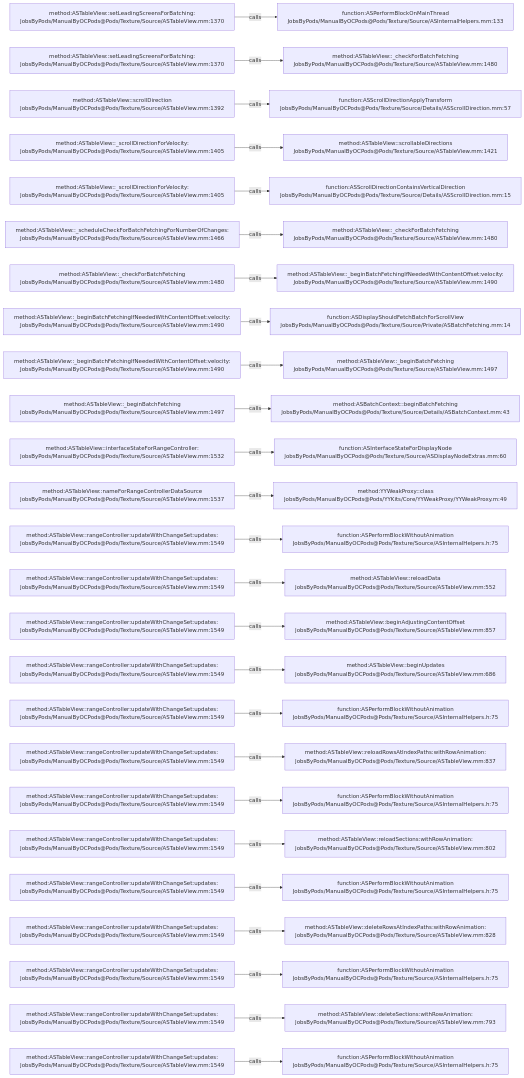
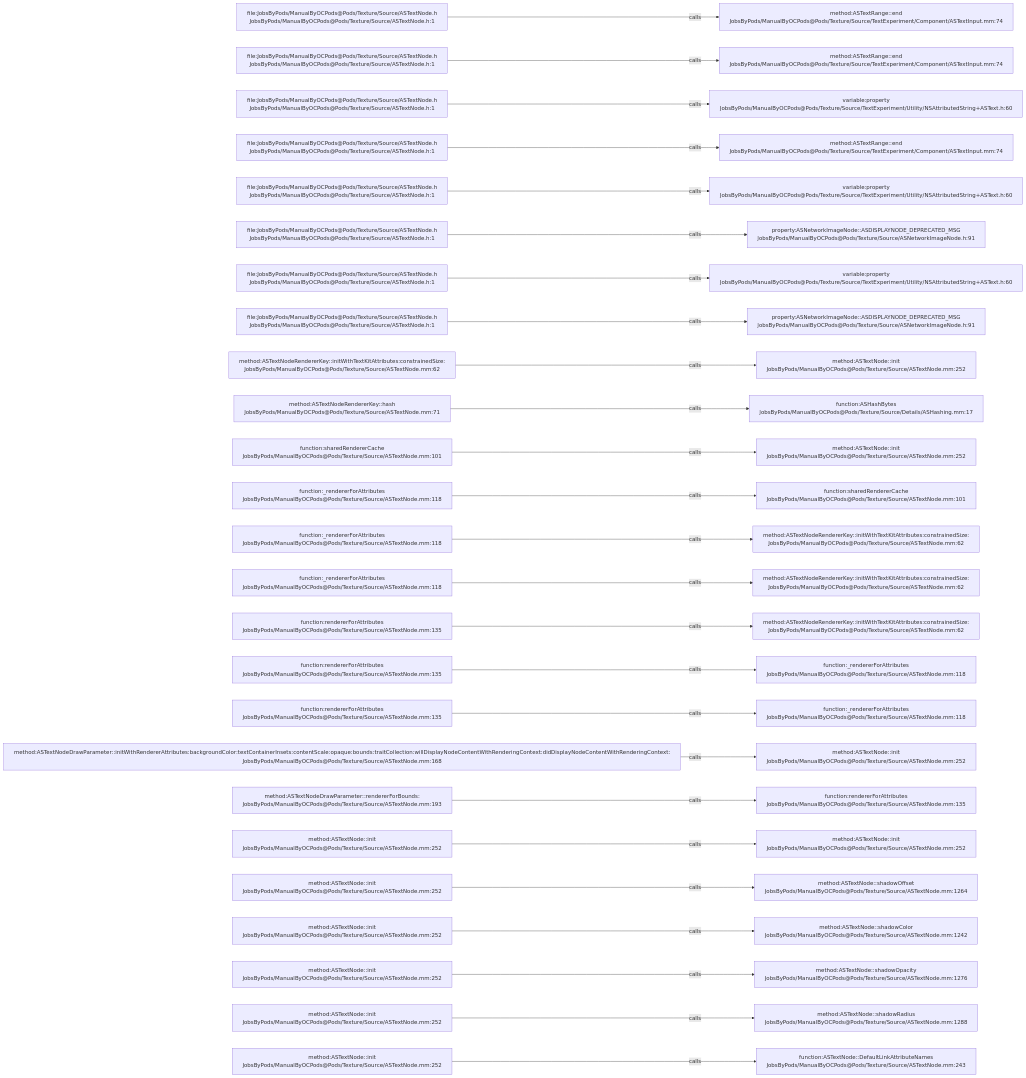
Before and after one commit to JobsKits/JobsOCBaseConfigDemo: the diagram in .codegraph/codegraph.md/graphs/calls-131.md, drawn with Mermaid. The commit also changed 1353 other files, not shown here.

````diff
--- a/.codegraph/codegraph.md/graphs/calls-131.md
+++ b/.codegraph/codegraph.md/graphs/calls-131.md
@@ -13,78 +13,78 @@
 ```mermaid
 flowchart LR
-  S1["method:ASTableView::setLeadingScreensForBatching:<br/>JobsByPods/ManualByOCPods@Pods/Texture/Source/ASTableView.mm:1370"]
-  T1["function:ASPerformBlockOnMainThread<br/>JobsByPods/ManualByOCPods@Pods/Texture/Source/ASInternalHelpers.mm:133"]
+  S1["file:JobsByPods/ManualByOCPods@Pods/Texture/Source/ASTextNode.h<br/>JobsByPods/ManualByOCPods@Pods/Texture/Source/ASTextNode.h:1"]
+  T1["method:ASTextRange::end<br/>JobsByPods/ManualByOCPods@Pods/Texture/Source/TextExperiment/Component/ASTextInput.mm:74"]
   S1 -->|calls| T1
-  S2["method:ASTableView::setLeadingScreensForBatching:<br/>JobsByPods/ManualByOCPods@Pods/Texture/Source/ASTableView.mm:1370"]
-  T2["method:ASTableView::_checkForBatchFetching<br/>JobsByPods/ManualByOCPods@Pods/Texture/Source/ASTableView.mm:1480"]
+  S2["file:JobsByPods/ManualByOCPods@Pods/Texture/Source/ASTextNode.h<br/>JobsByPods/ManualByOCPods@Pods/Texture/Source/ASTextNode.h:1"]
+  T2["method:ASTextRange::end<br/>JobsByPods/ManualByOCPods@Pods/Texture/Source/TextExperiment/Component/ASTextInput.mm:74"]
   S2 -->|calls| T2
-  S3["method:ASTableView::scrollDirection<br/>JobsByPods/ManualByOCPods@Pods/Texture/Source/ASTableView.mm:1392"]
-  T3["function:ASScrollDirectionApplyTransform<br/>JobsByPods/ManualByOCPods@Pods/Texture/Source/Details/ASScrollDirection.mm:57"]
+  S3["file:JobsByPods/ManualByOCPods@Pods/Texture/Source/ASTextNode.h<br/>JobsByPods/ManualByOCPods@Pods/Texture/Source/ASTextNode.h:1"]
+  T3["variable:property<br/>JobsByPods/ManualByOCPods@Pods/Texture/Source/TextExperiment/Utility/NSAttributedString+ASText.h:60"]
   S3 -->|calls| T3
-  S4["method:ASTableView::_scrollDirectionForVelocity:<br/>JobsByPods/ManualByOCPods@Pods/Texture/Source/ASTableView.mm:1405"]
-  T4["method:ASTableView::scrollableDirections<br/>JobsByPods/ManualByOCPods@Pods/Texture/Source/ASTableView.mm:1421"]
+  S4["file:JobsByPods/ManualByOCPods@Pods/Texture/Source/ASTextNode.h<br/>JobsByPods/ManualByOCPods@Pods/Texture/Source/ASTextNode.h:1"]
+  T4["method:ASTextRange::end<br/>JobsByPods/ManualByOCPods@Pods/Texture/Source/TextExperiment/Component/ASTextInput.mm:74"]
   S4 -->|calls| T4
-  S5["method:ASTableView::_scrollDirectionForVelocity:<br/>JobsByPods/ManualByOCPods@Pods/Texture/Source/ASTableView.mm:1405"]
-  T5["function:ASScrollDirectionContainsVerticalDirection<br/>JobsByPods/ManualByOCPods@Pods/Texture/Source/Details/ASScrollDirection.mm:15"]
+  S5["file:JobsByPods/ManualByOCPods@Pods/Texture/Source/ASTextNode.h<br/>JobsByPods/ManualByOCPods@Pods/Texture/Source/ASTextNode.h:1"]
+  T5["variable:property<br/>JobsByPods/ManualByOCPods@Pods/Texture/Source/TextExperiment/Utility/NSAttributedString+ASText.h:60"]
   S5 -->|calls| T5
-  S6["method:ASTableView::_scheduleCheckForBatchFetchingForNumberOfChanges:<br/>JobsByPods/ManualByOCPods@Pods/Texture/Source/ASTableView.mm:1466"]
-  T6["method:ASTableView::_checkForBatchFetching<br/>JobsByPods/ManualByOCPods@Pods/Texture/Source/ASTableView.mm:1480"]
+  S6["file:JobsByPods/ManualByOCPods@Pods/Texture/Source/ASTextNode.h<br/>JobsByPods/ManualByOCPods@Pods/Texture/Source/ASTextNode.h:1"]
+  T6["property:ASNetworkImageNode::ASDISPLAYNODE_DEPRECATED_MSG<br/>JobsByPods/ManualByOCPods@Pods/Texture/Source/ASNetworkImageNode.h:91"]
   S6 -->|calls| T6
-  S7["method:ASTableView::_checkForBatchFetching<br/>JobsByPods/ManualByOCPods@Pods/Texture/Source/ASTableView.mm:1480"]
-  T7["method:ASTableView::_beginBatchFetchingIfNeededWithContentOffset:velocity:<br/>JobsByPods/ManualByOCPods@Pods/Texture/Source/ASTableView.mm:1490"]
+  S7["file:JobsByPods/ManualByOCPods@Pods/Texture/Source/ASTextNode.h<br/>JobsByPods/ManualByOCPods@Pods/Texture/Source/ASTextNode.h:1"]
+  T7["variable:property<br/>JobsByPods/ManualByOCPods@Pods/Texture/Source/TextExperiment/Utility/NSAttributedString+ASText.h:60"]
   S7 -->|calls| T7
-  S8["method:ASTableView::_beginBatchFetchingIfNeededWithContentOffset:velocity:<br/>JobsByPods/ManualByOCPods@Pods/Texture/Source/ASTableView.mm:1490"]
-  T8["function:ASDisplayShouldFetchBatchForScrollView<br/>JobsByPods/ManualByOCPods@Pods/Texture/Source/Private/ASBatchFetching.mm:14"]
+  S8["file:JobsByPods/ManualByOCPods@Pods/Texture/Source/ASTextNode.h<br/>JobsByPods/ManualByOCPods@Pods/Texture/Source/ASTextNode.h:1"]
+  T8["property:ASNetworkImageNode::ASDISPLAYNODE_DEPRECATED_MSG<br/>JobsByPods/ManualByOCPods@Pods/Texture/Source/ASNetworkImageNode.h:91"]
   S8 -->|calls| T8
-  S9["method:ASTableView::_beginBatchFetchingIfNeededWithContentOffset:velocity:<br/>JobsByPods/ManualByOCPods@Pods/Texture/Source/ASTableView.mm:1490"]
-  T9["method:ASTableView::_beginBatchFetching<br/>JobsByPods/ManualByOCPods@Pods/Texture/Source/ASTableView.mm:1497"]
+  S9["method:ASTextNodeRendererKey::initWithTextKitAttributes:constrainedSize:<br/>JobsByPods/ManualByOCPods@Pods/Texture/Source/ASTextNode.mm:62"]
+  T9["method:ASTextNode::init<br/>JobsByPods/ManualByOCPods@Pods/Texture/Source/ASTextNode.mm:252"]
   S9 -->|calls| T9
-  S10["method:ASTableView::_beginBatchFetching<br/>JobsByPods/ManualByOCPods@Pods/Texture/Source/ASTableView.mm:1497"]
-  T10["method:ASBatchContext::beginBatchFetching<br/>JobsByPods/ManualByOCPods@Pods/Texture/Source/Details/ASBatchContext.mm:43"]
+  S10["method:ASTextNodeRendererKey::hash<br/>JobsByPods/ManualByOCPods@Pods/Texture/Source/ASTextNode.mm:71"]
+  T10["function:ASHashBytes<br/>JobsByPods/ManualByOCPods@Pods/Texture/Source/Details/ASHashing.mm:17"]
   S10 -->|calls| T10
-  S11["method:ASTableView::interfaceStateForRangeController:<br/>JobsByPods/ManualByOCPods@Pods/Texture/Source/ASTableView.mm:1532"]
-  T11["function:ASInterfaceStateForDisplayNode<br/>JobsByPods/ManualByOCPods@Pods/Texture/Source/ASDisplayNodeExtras.mm:60"]
+  S11["function:sharedRendererCache<br/>JobsByPods/ManualByOCPods@Pods/Texture/Source/ASTextNode.mm:101"]
+  T11["method:ASTextNode::init<br/>JobsByPods/ManualByOCPods@Pods/Texture/Source/ASTextNode.mm:252"]
   S11 -->|calls| T11
-  S12["method:ASTableView::nameForRangeControllerDataSource<br/>JobsByPods/ManualByOCPods@Pods/Texture/Source/ASTableView.mm:1537"]
-  T12["method:YYWeakProxy::class<br/>JobsByPods/ManualByOCPods@Pods/YYKits/Core/YYWeakProxy/YYWeakProxy.m:49"]
+  S12["function:_rendererForAttributes<br/>JobsByPods/ManualByOCPods@Pods/Texture/Source/ASTextNode.mm:118"]
+  T12["function:sharedRendererCache<br/>JobsByPods/ManualByOCPods@Pods/Texture/Source/ASTextNode.mm:101"]
   S12 -->|calls| T12
-  S13["method:ASTableView::rangeController:updateWithChangeSet:updates:<br/>JobsByPods/ManualByOCPods@Pods/Texture/Source/ASTableView.mm:1549"]
-  T13["function:ASPerformBlockWithoutAnimation<br/>JobsByPods/ManualByOCPods@Pods/Texture/Source/ASInternalHelpers.h:75"]
+  S13["function:_rendererForAttributes<br/>JobsByPods/ManualByOCPods@Pods/Texture/Source/ASTextNode.mm:118"]
+  T13["method:ASTextNodeRendererKey::initWithTextKitAttributes:constrainedSize:<br/>JobsByPods/ManualByOCPods@Pods/Texture/Source/ASTextNode.mm:62"]
   S13 -->|calls| T13
-  S14["method:ASTableView::rangeController:updateWithChangeSet:updates:<br/>JobsByPods/ManualByOCPods@Pods/Texture/Source/ASTableView.mm:1549"]
-  T14["method:ASTableView::reloadData<br/>JobsByPods/ManualByOCPods@Pods/Texture/Source/ASTableView.mm:552"]
+  S14["function:_rendererForAttributes<br/>JobsByPods/ManualByOCPods@Pods/Texture/Source/ASTextNode.mm:118"]
+  T14["method:ASTextNodeRendererKey::initWithTextKitAttributes:constrainedSize:<br/>JobsByPods/ManualByOCPods@Pods/Texture/Source/ASTextNode.mm:62"]
   S14 -->|calls| T14
-  S15["method:ASTableView::rangeController:updateWithChangeSet:updates:<br/>JobsByPods/ManualByOCPods@Pods/Texture/Source/ASTableView.mm:1549"]
-  T15["method:ASTableView::beginAdjustingContentOffset<br/>JobsByPods/ManualByOCPods@Pods/Texture/Source/ASTableView.mm:857"]
+  S15["function:rendererForAttributes<br/>JobsByPods/ManualByOCPods@Pods/Texture/Source/ASTextNode.mm:135"]
+  T15["method:ASTextNodeRendererKey::initWithTextKitAttributes:constrainedSize:<br/>JobsByPods/ManualByOCPods@Pods/Texture/Source/ASTextNode.mm:62"]
   S15 -->|calls| T15
-  S16["method:ASTableView::rangeController:updateWithChangeSet:updates:<br/>JobsByPods/ManualByOCPods@Pods/Texture/Source/ASTableView.mm:1549"]
-  T16["method:ASTableView::beginUpdates<br/>JobsByPods/ManualByOCPods@Pods/Texture/Source/ASTableView.mm:686"]
+  S16["function:rendererForAttributes<br/>JobsByPods/ManualByOCPods@Pods/Texture/Source/ASTextNode.mm:135"]
+  T16["function:_rendererForAttributes<br/>JobsByPods/ManualByOCPods@Pods/Texture/Source/ASTextNode.mm:118"]
   S16 -->|calls| T16
-  S17["method:ASTableView::rangeController:updateWithChangeSet:updates:<br/>JobsByPods/ManualByOCPods@Pods/Texture/Source/ASTableView.mm:1549"]
-  T17["function:ASPerformBlockWithoutAnimation<br/>JobsByPods/ManualByOCPods@Pods/Texture/Source/ASInternalHelpers.h:75"]
+  S17["function:rendererForAttributes<br/>JobsByPods/ManualByOCPods@Pods/Texture/Source/ASTextNode.mm:135"]
+  T17["function:_rendererForAttributes<br/>JobsByPods/ManualByOCPods@Pods/Texture/Source/ASTextNode.mm:118"]
   S17 -->|calls| T17
-  S18["method:ASTableView::rangeController:updateWithChangeSet:updates:<br/>JobsByPods/ManualByOCPods@Pods/Texture/Source/ASTableView.mm:1549"]
-  T18["method:ASTableView::reloadRowsAtIndexPaths:withRowAnimation:<br/>JobsByPods/ManualByOCPods@Pods/Texture/Source/ASTableView.mm:837"]
+  S18["method:ASTextNodeDrawParameter::initWithRendererAttributes:backgroundColor:textContainerInsets:contentScale:opaque:bounds:traitCollection:willDisplayNodeContentWithRenderingContext:didDisplayNodeContentWithRenderingContext:<br/>JobsByPods/ManualByOCPods@Pods/Texture/Source/ASTextNode.mm:168"]
+  T18["method:ASTextNode::init<br/>JobsByPods/ManualByOCPods@Pods/Texture/Source/ASTextNode.mm:252"]
   S18 -->|calls| T18
-  S19["method:ASTableView::rangeController:updateWithChangeSet:updates:<br/>JobsByPods/ManualByOCPods@Pods/Texture/Source/ASTableView.mm:1549"]
-  T19["function:ASPerformBlockWithoutAnimation<br/>JobsByPods/ManualByOCPods@Pods/Texture/Source/ASInternalHelpers.h:75"]
+  S19["method:ASTextNodeDrawParameter::rendererForBounds:<br/>JobsByPods/ManualByOCPods@Pods/Texture/Source/ASTextNode.mm:193"]
+  T19["function:rendererForAttributes<br/>JobsByPods/ManualByOCPods@Pods/Texture/Source/ASTextNode.mm:135"]
   S19 -->|calls| T19
-  S20["method:ASTableView::rangeController:updateWithChangeSet:updates:<br/>JobsByPods/ManualByOCPods@Pods/Texture/Source/ASTableView.mm:1549"]
-  T20["method:ASTableView::reloadSections:withRowAnimation:<br/>JobsByPods/ManualByOCPods@Pods/Texture/Source/ASTableView.mm:802"]
+  S20["method:ASTextNode::init<br/>JobsByPods/ManualByOCPods@Pods/Texture/Source/ASTextNode.mm:252"]
+  T20["method:ASTextNode::init<br/>JobsByPods/ManualByOCPods@Pods/Texture/Source/ASTextNode.mm:252"]
   S20 -->|calls| T20
-  S21["method:ASTableView::rangeController:updateWithChangeSet:updates:<br/>JobsByPods/ManualByOCPods@Pods/Texture/Source/ASTableView.mm:1549"]
-  T21["function:ASPerformBlockWithoutAnimation<br/>JobsByPods/ManualByOCPods@Pods/Texture/Source/ASInternalHelpers.h:75"]
+  S21["method:ASTextNode::init<br/>JobsByPods/ManualByOCPods@Pods/Texture/Source/ASTextNode.mm:252"]
+  T21["method:ASTextNode::shadowOffset<br/>JobsByPods/ManualByOCPods@Pods/Texture/Source/ASTextNode.mm:1264"]
   S21 -->|calls| T21
-  S22["method:ASTableView::rangeController:updateWithChangeSet:updates:<br/>JobsByPods/ManualByOCPods@Pods/Texture/Source/ASTableView.mm:1549"]
-  T22["method:ASTableView::deleteRowsAtIndexPaths:withRowAnimation:<br/>JobsByPods/ManualByOCPods@Pods/Texture/Source/ASTableView.mm:828"]
+  S22["method:ASTextNode::init<br/>JobsByPods/ManualByOCPods@Pods/Texture/Source/ASTextNode.mm:252"]
+  T22["method:ASTextNode::shadowColor<br/>JobsByPods/ManualByOCPods@Pods/Texture/Source/ASTextNode.mm:1242"]
   S22 -->|calls| T22
-  S23["method:ASTableView::rangeController:updateWithChangeSet:updates:<br/>JobsByPods/ManualByOCPods@Pods/Texture/Source/ASTableView.mm:1549"]
-  T23["function:ASPerformBlockWithoutAnimation<br/>JobsByPods/ManualByOCPods@Pods/Texture/Source/ASInternalHelpers.h:75"]
+  S23["method:ASTextNode::init<br/>JobsByPods/ManualByOCPods@Pods/Texture/Source/ASTextNode.mm:252"]
+  T23["method:ASTextNode::shadowOpacity<br/>JobsByPods/ManualByOCPods@Pods/Texture/Source/ASTextNode.mm:1276"]
   S23 -->|calls| T23
-  S24["method:ASTableView::rangeController:updateWithChangeSet:updates:<br/>JobsByPods/ManualByOCPods@Pods/Texture/Source/ASTableView.mm:1549"]
-  T24["method:ASTableView::deleteSections:withRowAnimation:<br/>JobsByPods/ManualByOCPods@Pods/Texture/Source/ASTableView.mm:793"]
+  S24["method:ASTextNode::init<br/>JobsByPods/ManualByOCPods@Pods/Texture/Source/ASTextNode.mm:252"]
+  T24["method:ASTextNode::shadowRadius<br/>JobsByPods/ManualByOCPods@Pods/Texture/Source/ASTextNode.mm:1288"]
   S24 -->|calls| T24
-  S25["method:ASTableView::rangeController:updateWithChangeSet:updates:<br/>JobsByPods/ManualByOCPods@Pods/Texture/Source/ASTableView.mm:1549"]
-  T25["function:ASPerformBlockWithoutAnimation<br/>JobsByPods/ManualByOCPods@Pods/Texture/Source/ASInternalHelpers.h:75"]
+  S25["method:ASTextNode::init<br/>JobsByPods/ManualByOCPods@Pods/Texture/Source/ASTextNode.mm:252"]
+  T25["function:ASTextNode::DefaultLinkAttributeNames<br/>JobsByPods/ManualByOCPods@Pods/Texture/Source/ASTextNode.mm:243"]
   S25 -->|calls| T25
 ```
````
